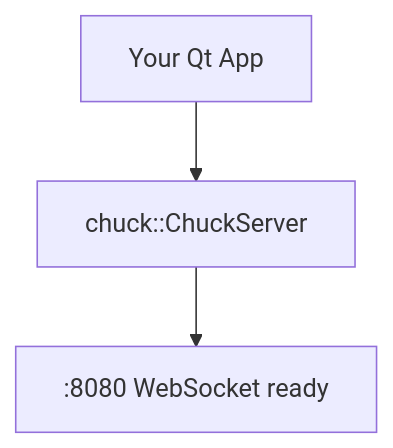
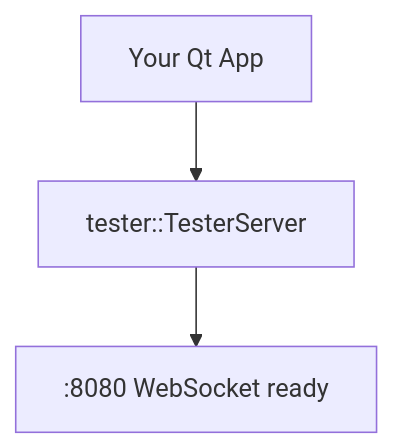
The second of 7 diagrams in docs/index.md (kelteseth/chuck_tester), drawn with Mermaid before and after one commit. The commit also changed other lines of this file and 91 other files, not shown here.

First line of the commit message:
Rename: chuck(C++)→tester, testa(Python)→chuck, project→chuck_tester

````diff
--- a/docs/index.md
+++ b/docs/index.md
@@ -38,5 +38,5 @@
 ```mermaid
 graph TB
-    A["Your Qt App"] --> B["chuck::ChuckServer"]
+    A["Your Qt App"] --> B["tester::TesterServer"]
     B --> C[":8080 WebSocket ready"]
 ```
````
